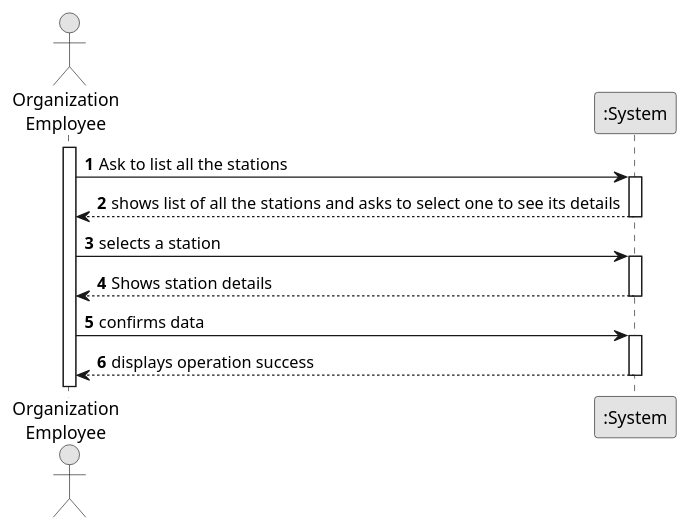
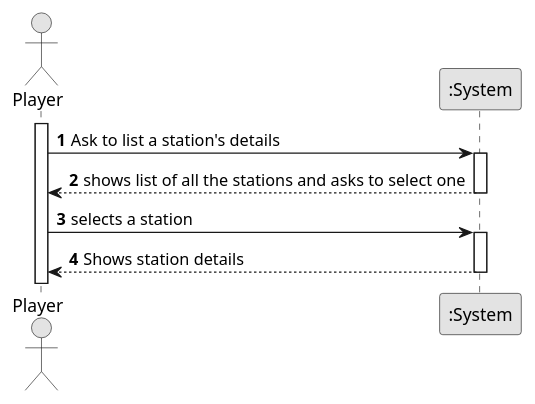
Before and after one commit to 1240826/empire-on-tracks: the diagram in docs/system-documentation/US007/01.requirements-engineering/puml/US007-SSD.puml, drawn with PlantUML. The commit also changed 1 other file, not shown here.

```diff
--- a/docs/system-documentation/US007/01.requirements-engineering/puml/US007-SSD.puml
+++ b/docs/system-documentation/US007/01.requirements-engineering/puml/US007-SSD.puml
@@ -1,30 +1,26 @@
 @startuml
 skinparam monochrome true
 skinparam packageStyle rectangle
 skinparam shadowing false
 
 autonumber
 
-actor "Organization\nEmployee" as Employee
+actor "Player" as Player
 participant ":System" as System
 
-activate Employee
+activate Player
 
-    Employee -> System : Ask to list all the stations
+    Player -> System : Ask to list a station's details
     activate System
 
-        System --> Employee : shows list of all the stations and asks to select one to see its details
+        System --> Player : shows list of all the stations and asks to select one
     deactivate System
 
-    Employee -> System : selects a station
+    Player -> System : selects a station
     activate System
 
-        System --> Employee : Shows station details
+        System --> Player : Shows station details
     deactivate System
 
-    Employee -> System : confirms data
-    activate System
 
-        System --> Employee : displays operation success
-    deactivate System
 @enduml
```
